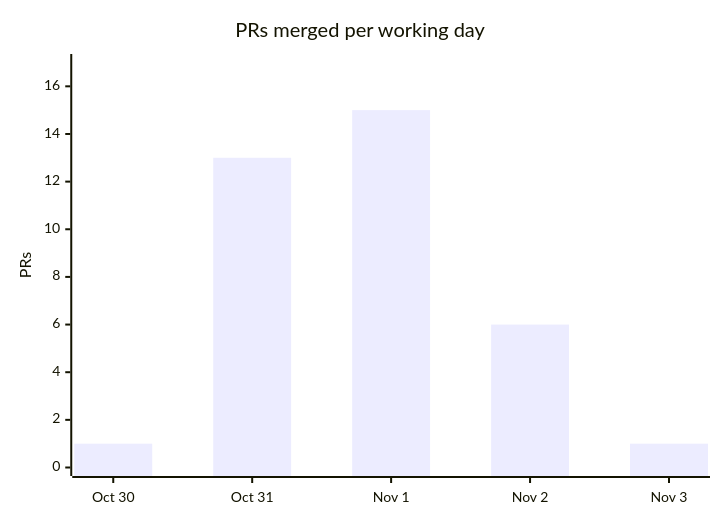
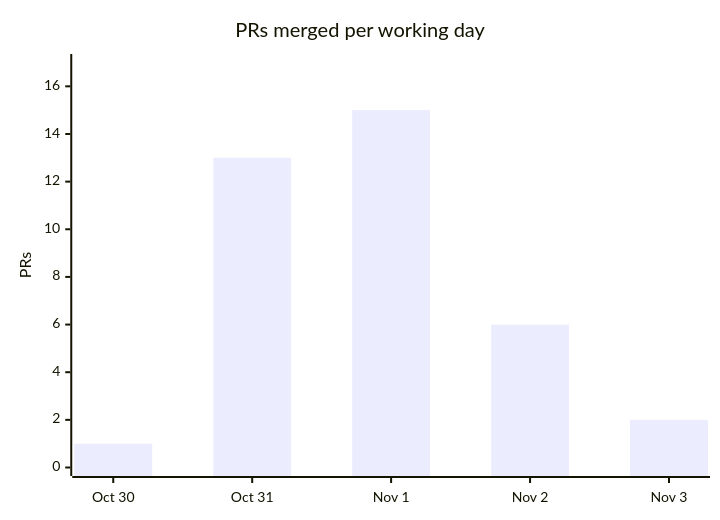
One commit to cmprssd/nfsh changed the fourth of 4 diagrams in docs/OVERVIEW.md. Above: the diagram before and after it, drawn with Mermaid. The commit also changed other lines of this file and 8 other files, not shown here.

````diff
--- a/docs/OVERVIEW.md
+++ b/docs/OVERVIEW.md
@@ -139,7 +139,7 @@
 ```mermaid
 xychart-beta
     title "PRs merged per working day"
     x-axis ["Oct 30", "Oct 31", "Nov 1", "Nov 2", "Nov 3"]
     y-axis "PRs" 0 --> 17
-    bar [1, 13, 15, 6, 1]
+    bar [1, 13, 15, 6, 2]
 ```
````
